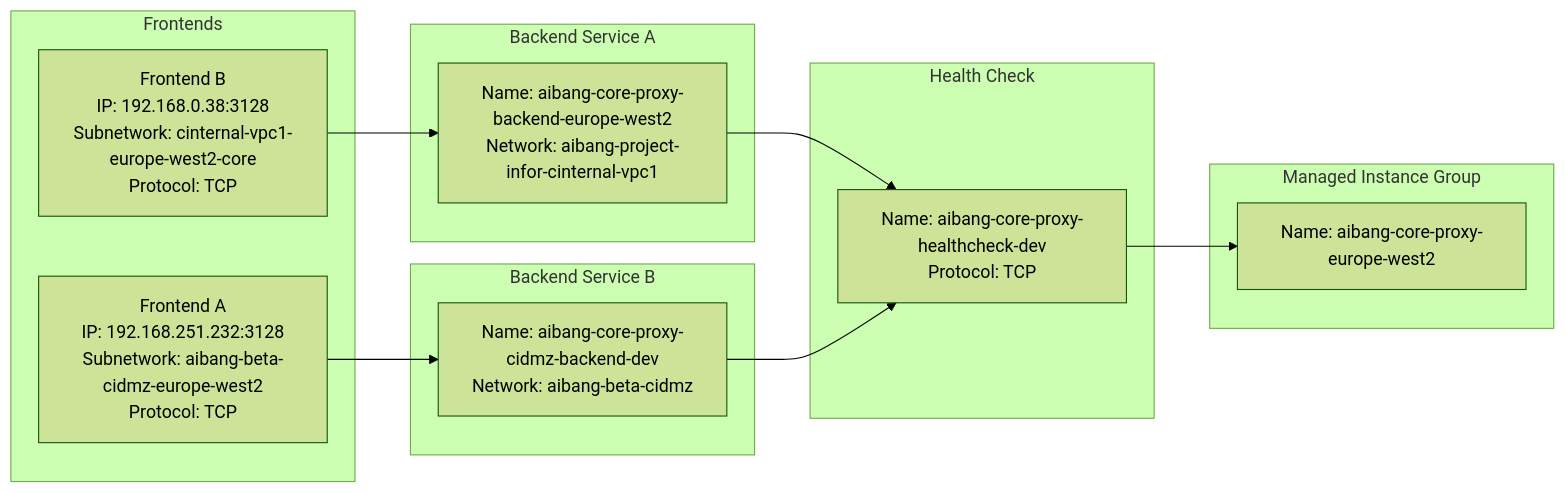
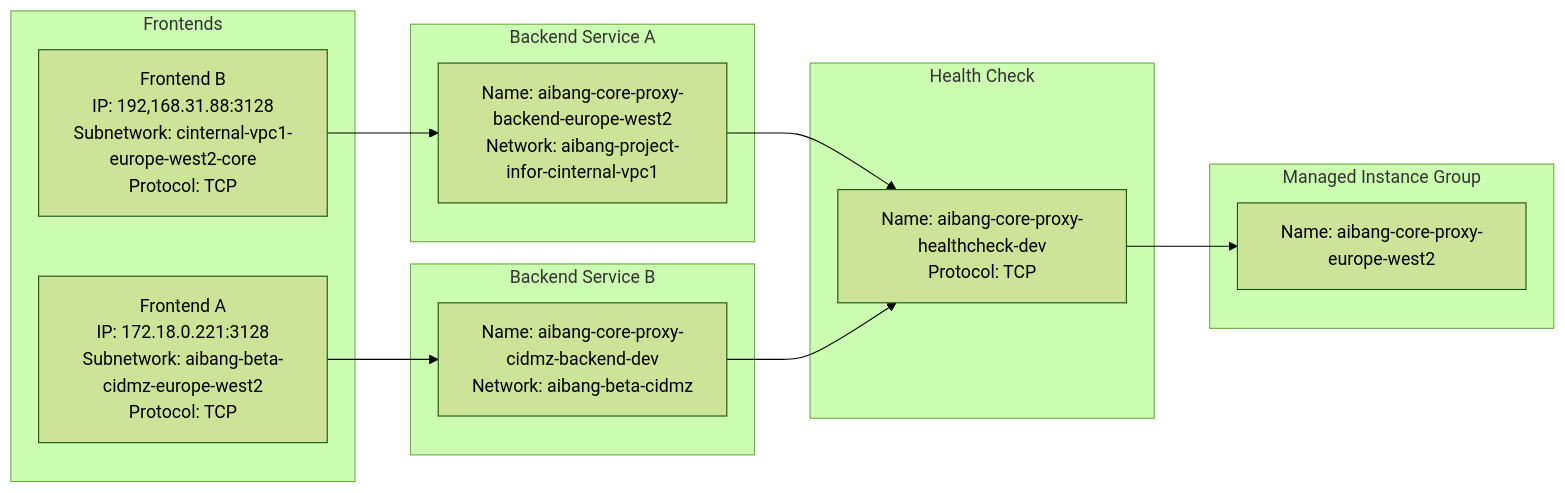
One commit to aibangjuxin/groovy changed the third of 9 diagrams in gcp/lb-health-mig.md. Above: the diagram before and after it, drawn with Mermaid (forest theme). The commit also changed other lines of this file, not shown here.

````diff
--- a/gcp/lb-health-mig.md
+++ b/gcp/lb-health-mig.md
@@ -208,27 +208,27 @@
 ```mermaid
 flowchart LR
     subgraph BackendServiceA["Backend Service A"]
         A1["Name: aibang-core-proxy-backend-europe-west2<br>Network: aibang-project-infor-cinternal-vpc1"]
     end
 
     subgraph BackendServiceB["Backend Service B"]
         B1["Name: aibang-core-proxy-cidmz-backend-dev<br>Network: aibang-beta-cidmz"]
     end
 
     subgraph Frontends["Frontends"]
-        F1["Frontend A<br>IP: 192.168.251.232:3128<br>Subnetwork: aibang-beta-cidmz-europe-west2<br>Protocol: TCP"] --> B1
-        F2["Frontend B<br>IP: 192.168.0.38:3128<br>Subnetwork: cinternal-vpc1-europe-west2-core<br>Protocol: TCP"] --> A1
+        F1["Frontend A<br>IP: 172.18.0.221:3128<br>Subnetwork: aibang-beta-cidmz-europe-west2<br>Protocol: TCP"] --> B1
+        F2["Frontend B<br>IP: 192,168.31.88:3128<br>Subnetwork: cinternal-vpc1-europe-west2-core<br>Protocol: TCP"] --> A1
     end
 
     subgraph HealthCheck["Health Check"]
         HC["Name: aibang-core-proxy-healthcheck-dev<br>Protocol: TCP"]
     end
 
     subgraph InstanceGroup["Managed Instance Group"]
         MIG["Name: aibang-core-proxy-europe-west2"]
     end
 
     A1 --> HC
     B1 --> HC
     HC --> MIG
 ```
````
